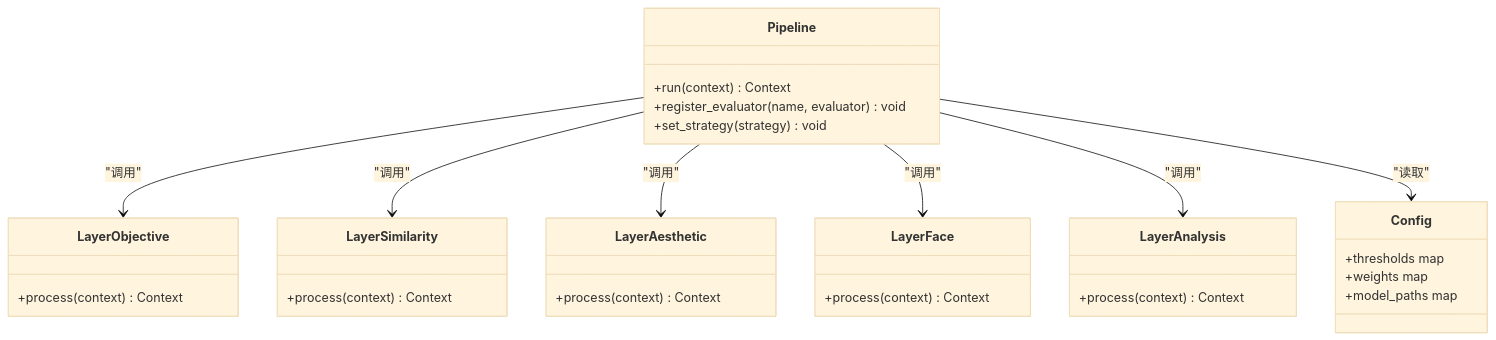
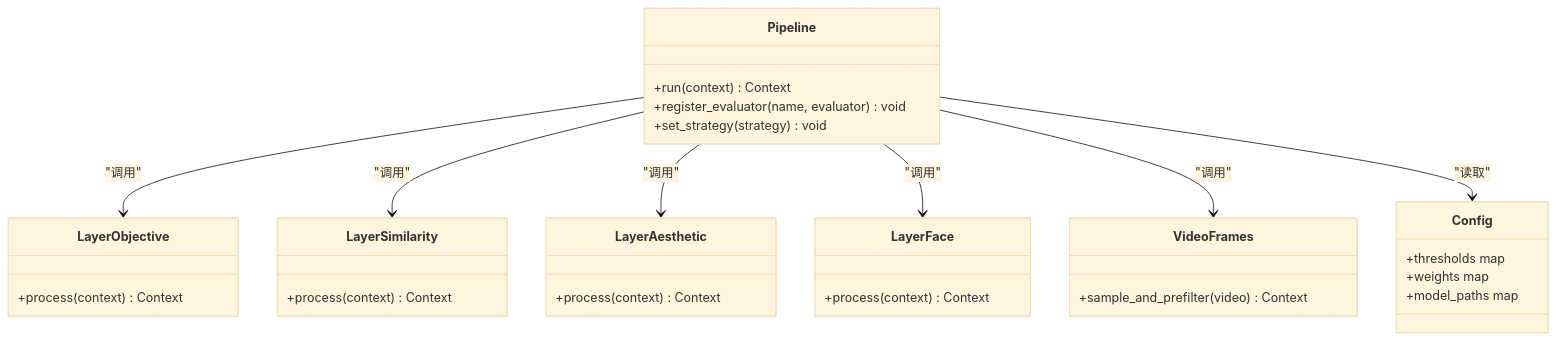
One commit to Frankynwa/photo-rank changed the fourth of 5 diagrams in wiki/核心系统架构/核心系统架构.md. Above: the diagram before and after it, drawn with Mermaid (base theme). The commit also changed other lines of this file and 7 other files, not shown here.

````diff
--- a/wiki/核心系统架构/核心系统架构.md
+++ b/wiki/核心系统架构/核心系统架构.md
@@ -197,34 +187,34 @@
 ```mermaid
 classDiagram
 class Pipeline {
 +run(context) Context
 +register_evaluator(name, evaluator) void
 +set_strategy(strategy) void
 }
 class LayerObjective {
 +process(context) Context
 }
 class LayerSimilarity {
 +process(context) Context
 }
 class LayerAesthetic {
 +process(context) Context
 }
 class LayerFace {
 +process(context) Context
 }
-class LayerAnalysis {
-+process(context) Context
+class VideoFrames {
++sample_and_prefilter(video) Context
 }
 class Config {
 +thresholds map
 +weights map
 +model_paths map
 }
 Pipeline --> LayerObjective : "调用"
 Pipeline --> LayerSimilarity : "调用"
 Pipeline --> LayerAesthetic : "调用"
 Pipeline --> LayerFace : "调用"
-Pipeline --> LayerAnalysis : "调用"
+Pipeline --> VideoFrames : "调用"
 Pipeline --> Config : "读取"
 ```
````
